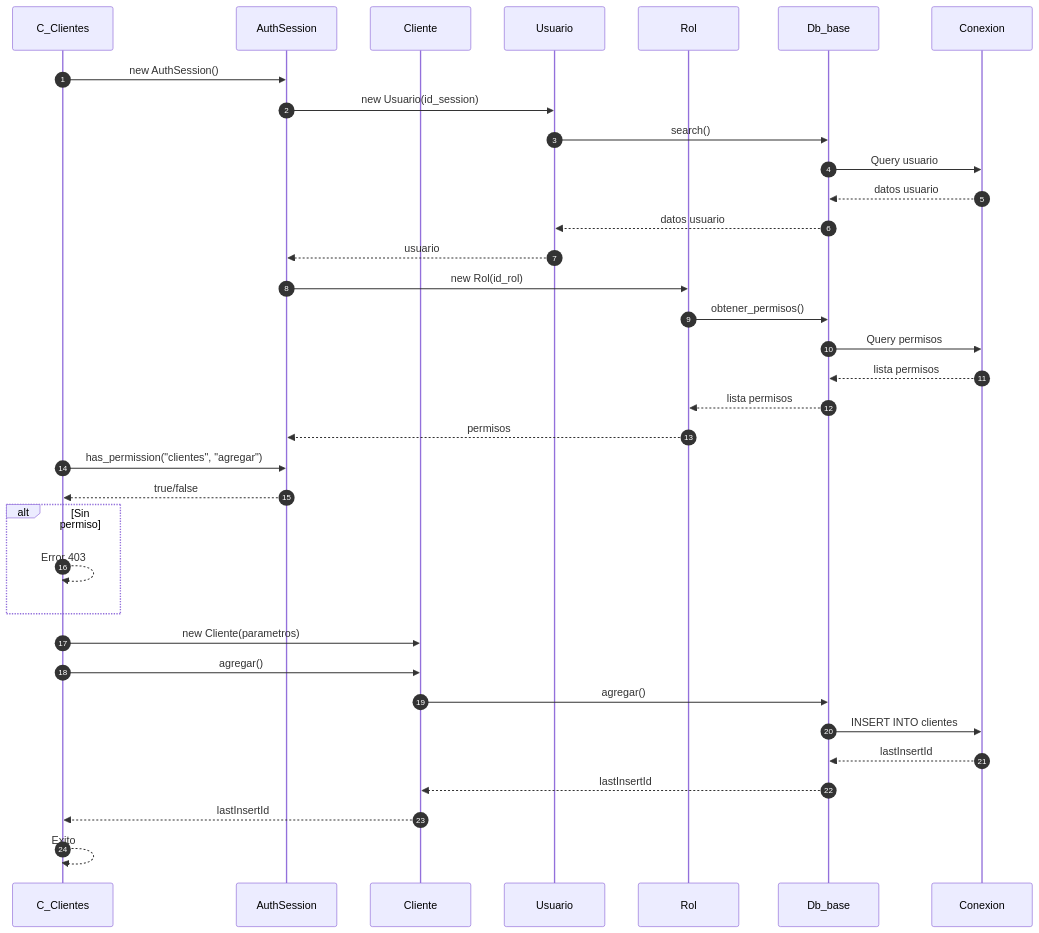
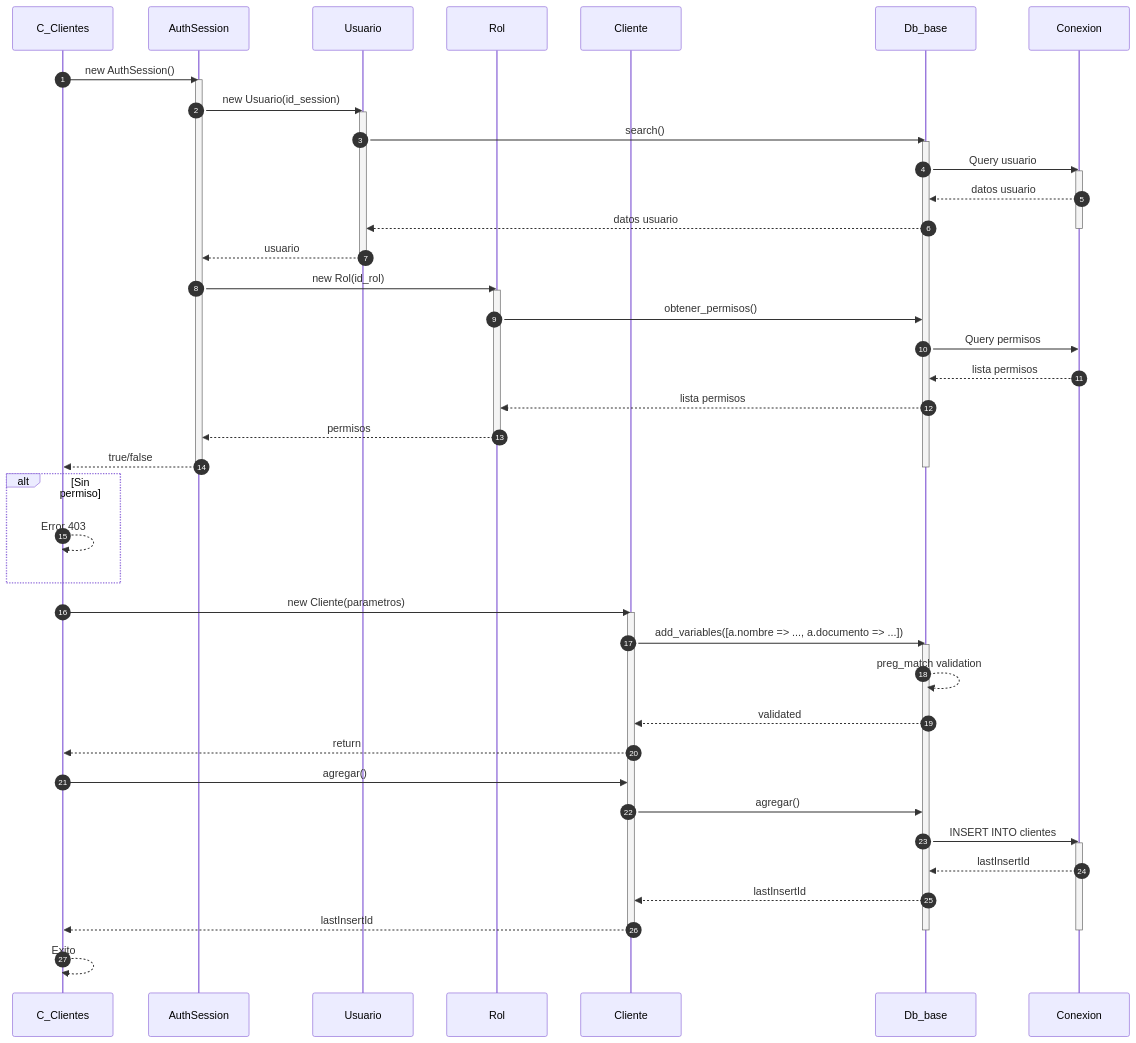
Before and after one commit to Tecrato/BurgerHouse: the first of 5 diagrams in docs/secuencia/clientes/clientes.md, drawn with Mermaid. The commit also changed other lines of this file and 16 other files, not shown here.

First line of the commit message:
Annotate mermaid sequences & throttle generator

````diff
--- a/docs/secuencia/clientes/clientes.md
+++ b/docs/secuencia/clientes/clientes.md
@@ -5,43 +5,60 @@
 ```mermaid
 sequenceDiagram
     autonumber
     participant C_Clientes as C_Clientes
     participant AuthSession as AuthSession
-    participant Cliente as Cliente
     participant Usuario as Usuario
     participant Rol as Rol
+    participant Cliente as Cliente
     participant Db_base as Db_base
     participant Conexion as Conexion
     
     C_Clientes->>AuthSession: new AuthSession()
+    activate AuthSession
     AuthSession->>Usuario: new Usuario(id_session)
+    activate Usuario
     Usuario->>Db_base: search()
+    activate Db_base
     Db_base->>Conexion: Query usuario
+    activate Conexion
     Conexion-->>Db_base: datos usuario
     Db_base-->>Usuario: datos usuario
+    deactivate Conexion
     Usuario-->>AuthSession: usuario
-    
+    deactivate Usuario
     AuthSession->>Rol: new Rol(id_rol)
+    activate Rol
     Rol->>Db_base: obtener_permisos()
     Db_base->>Conexion: Query permisos
     Conexion-->>Db_base: lista permisos
     Db_base-->>Rol: lista permisos
     Rol-->>AuthSession: permisos
-    
-    C_Clientes->>AuthSession: has_permission("clientes", "agregar")
+    deactivate Rol
     AuthSession-->>C_Clientes: true/false
+    deactivate AuthSession
+    deactivate Db_base
     
     alt Sin permiso
         C_Clientes-->>C_Clientes: Error 403
     end
     
     C_Clientes->>Cliente: new Cliente(parametros)
+    activate Cliente
+    Cliente->>Db_base: add_variables([a.nombre => ..., a.documento => ...])
+    activate Db_base
+    Db_base-->>Db_base: preg_match validation
+    Db_base-->>Cliente: validated
+    Cliente-->>C_Clientes: return
     C_Clientes->>Cliente: agregar()
     Cliente->>Db_base: agregar()
     Db_base->>Conexion: INSERT INTO clientes
+    activate Conexion
     Conexion-->>Db_base: lastInsertId
     Db_base-->>Cliente: lastInsertId
     Cliente-->>C_Clientes: lastInsertId
+    deactivate Cliente
+    deactivate Conexion
+    deactivate Db_base
     
     C_Clientes-->>C_Clientes: Exito
 ```
````
